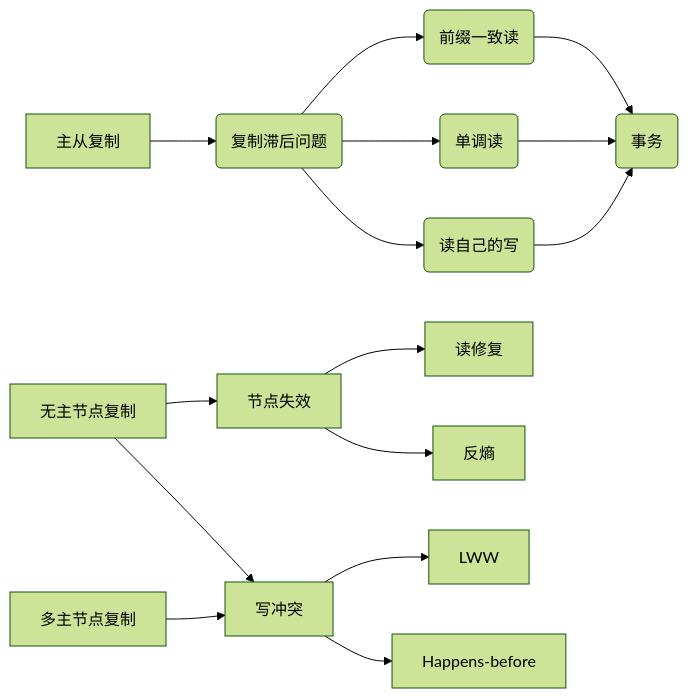
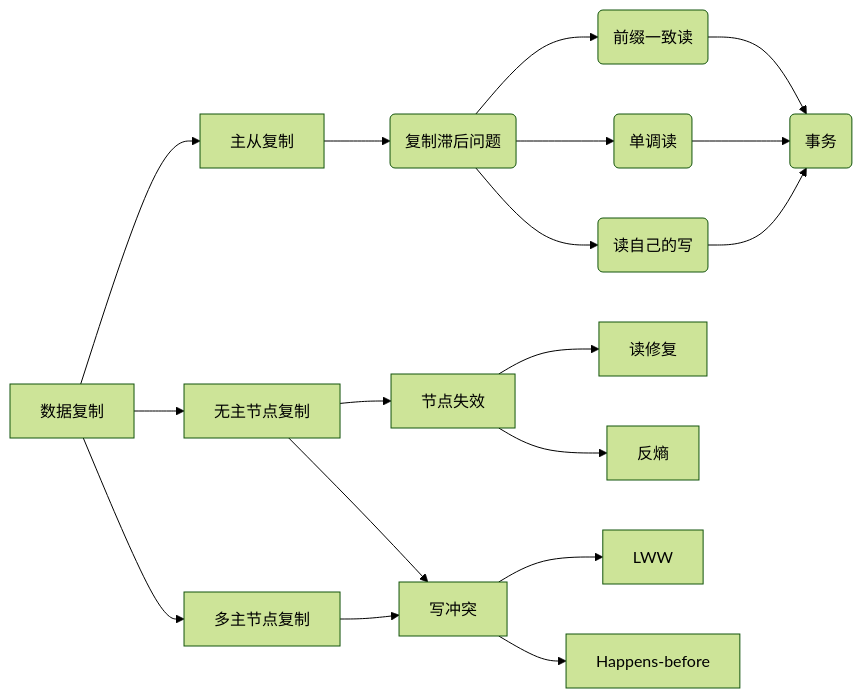
The first of 3 diagrams in _posts/2021-04-04-DDIA.md (czhWellOptimized/czhWellOptimized.github.io), drawn with Mermaid (forest theme) before and after one commit. The commit also changed other lines of this file, not shown here.

```diff
--- a/_posts/2021-04-04-DDIA.md
+++ b/_posts/2021-04-04-DDIA.md
@@ -11,17 +11,20 @@
 <div class="mermaid">    
 graph LR
+    数据复制-->主从复制
+    数据复制-->多主节点复制
+    数据复制-->无主节点复制
 	主从复制--> B(复制滞后问题)
 	B-->C(读自己的写)
 	B-->D(单调读)
 	B-->E(前缀一致读)
 	C-->F(事务)
 	D-->F
 	E-->F
 	多主节点复制-->写冲突
 	无主节点复制-->节点失效
 	节点失效-->读修复
 	节点失效-->反熵
 	无主节点复制-->写冲突
 	写冲突-->LWW
 	写冲突-->Happens-before  
 </div>
```
